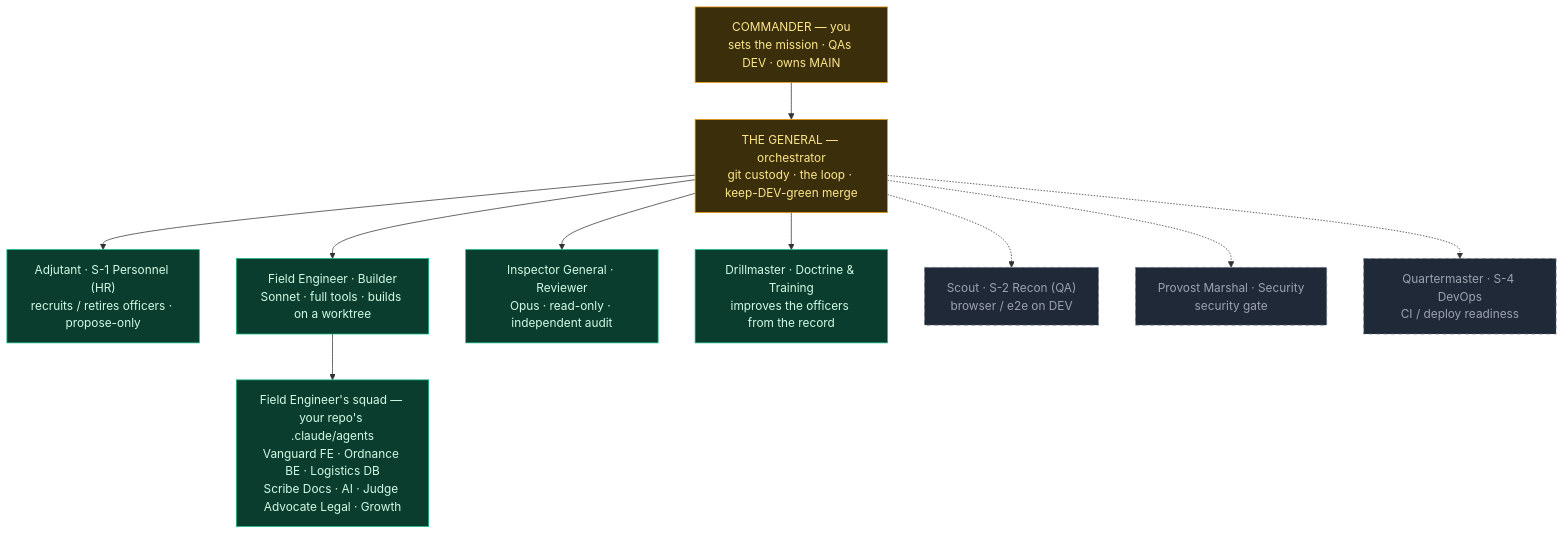
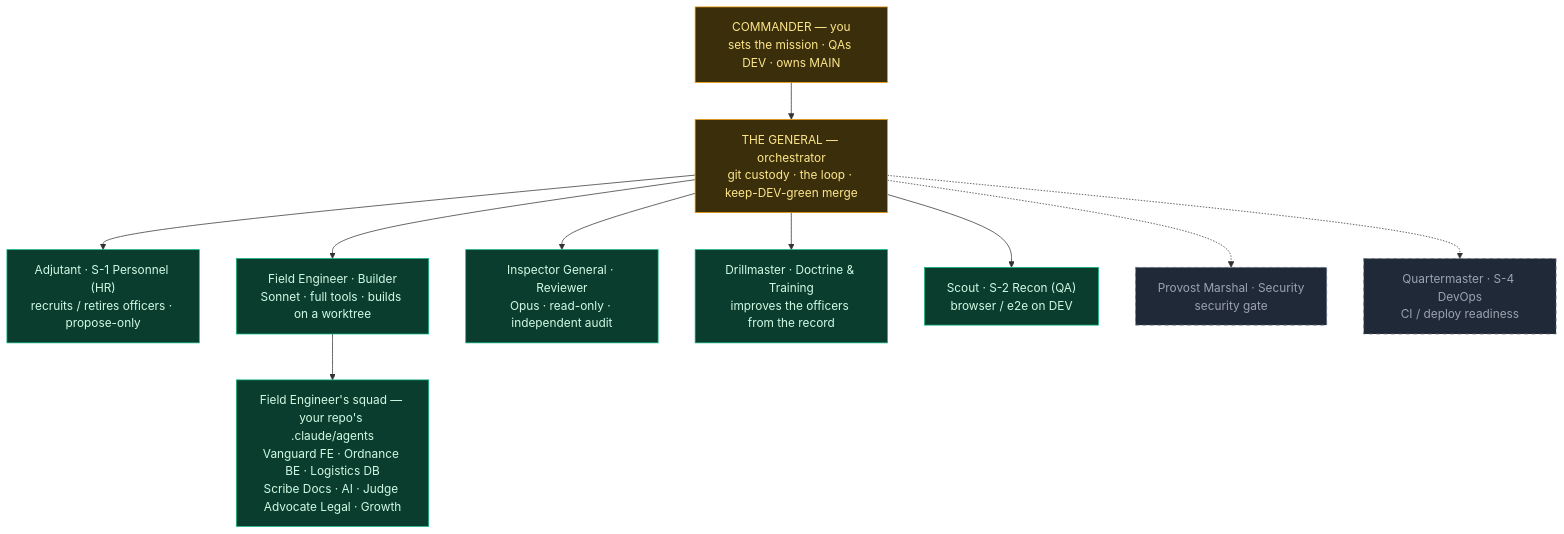
One commit to roman-berlin/Elite-Squad changed the first of 3 diagrams in ORG.md. Above: the diagram before and after it, drawn with Mermaid. The commit also changed other lines of this file and 4 other files, not shown here.

````diff
--- a/ORG.md
+++ b/ORG.md
@@ -13,23 +13,23 @@
 ```mermaid
 graph TD
     C["COMMANDER — you<br/>sets the mission · QAs DEV · owns MAIN"]
     G["THE GENERAL — orchestrator<br/>git custody · the loop · keep-DEV-green merge"]
     C --> G
 
     G --> ADJ["Adjutant · S-1 Personnel (HR)<br/>recruits / retires officers · propose-only"]
     G --> ENG["Field Engineer · Builder<br/>Sonnet · full tools · builds on a worktree"]
     G --> INS["Inspector General · Reviewer<br/>Opus · read-only · independent audit"]
     G --> DRL["Drillmaster · Doctrine & Training<br/>improves the officers from the record"]
-    G -.-> SCT["Scout · S-2 Recon (QA)<br/>browser / e2e on DEV"]
+    G --> SCT["Scout · S-2 Recon (QA)<br/>browser / e2e on DEV"]
     G -.-> PRV["Provost Marshal · Security<br/>security gate"]
     G -.-> QM["Quartermaster · S-4 DevOps<br/>CI / deploy readiness"]
 
     ENG --> SQ["Field Engineer's squad — your repo's .claude/agents<br/>Vanguard FE · Ordnance BE · Logistics DB<br/>Scribe Docs · AI · Judge Advocate Legal · Growth"]
 
     classDef command fill:#3b2f0b,stroke:#f59e0b,color:#fde68a;
     classDef active fill:#0b3d2e,stroke:#10b981,color:#d1fae5;
     classDef planned fill:#1f2937,stroke:#6b7280,color:#9ca3af,stroke-dasharray:5 5;
     class C,G command;
-    class ADJ,ENG,INS,DRL,SQ active;
-    class SCT,PRV,QM planned;
+    class ADJ,ENG,INS,DRL,SCT,SQ active;
+    class PRV,QM planned;
 ```
````
